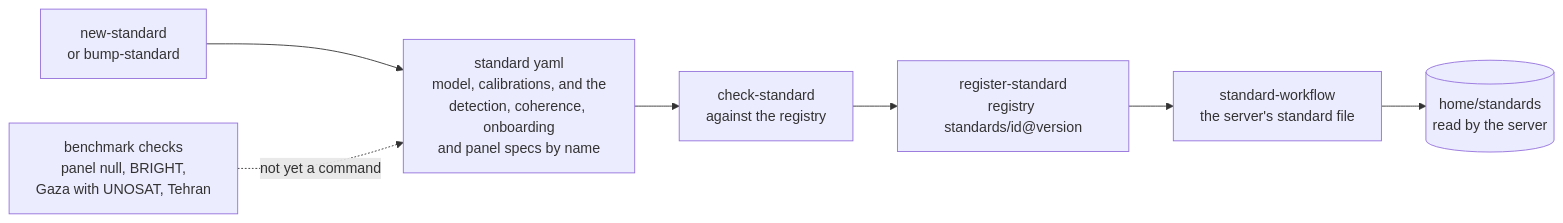
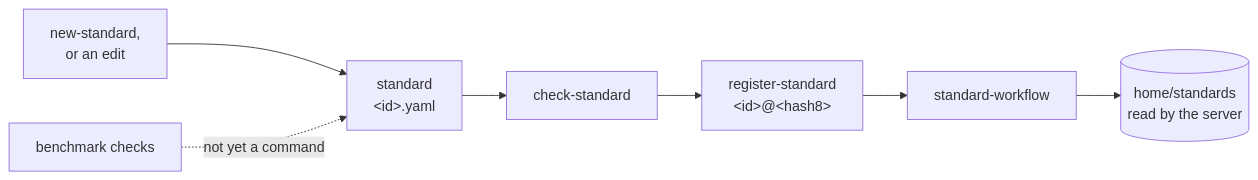
The fifth of 5 diagrams in docs/method/workflows.md (conflict-ecology/ponzi-suite), drawn with Mermaid before and after one commit. The commit also changed other lines of this file and 77 other files, not shown here.

````diff
--- a/docs/method/workflows.md
+++ b/docs/method/workflows.md
@@ -191,9 +180,9 @@
 ```mermaid
 flowchart LR
-  newstd["new-standard<br/>or bump-standard"] --> std
-  std["standard yaml<br/>model, calibrations, and the<br/>detection, coherence, onboarding<br/>and panel specs by name"] --> check["check-standard<br/>against the registry"]
-  check --> regstd["register-standard<br/>registry standards/id@version"]
-  regstd --> wf["standard-workflow<br/>the server's standard file"]
+  newstd["new-standard,<br/>or an edit"] --> std["standard<br/>&lt;id&gt;.yaml"]
+  std --> check["check-standard"]
+  check --> regstd["register-standard<br/>&lt;id&gt;@&lt;hash8&gt;"]
+  regstd --> wf["standard-workflow"]
   wf --> served[("home/standards<br/>read by the server")]
-  bench["benchmark checks<br/>panel null, BRIGHT,<br/>Gaza with UNOSAT, Tehran"] -. "not yet a command" .-> std
+  bench["benchmark checks"] -. "not yet a command" .-> std
 ```
````
